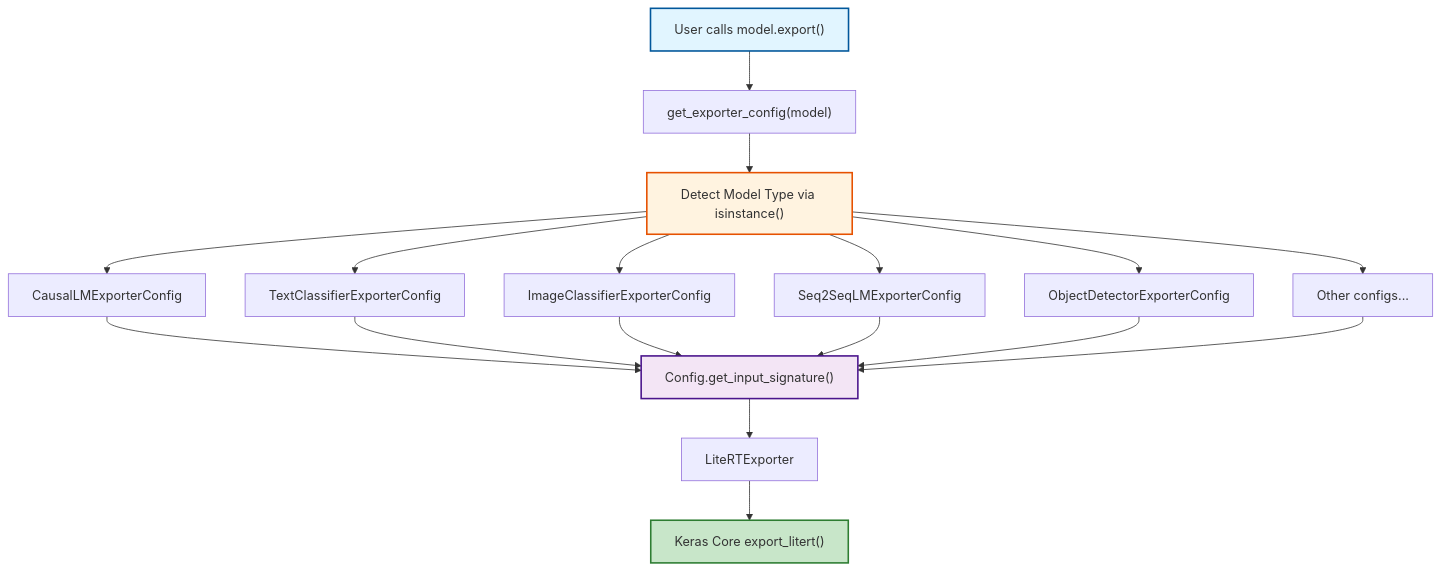
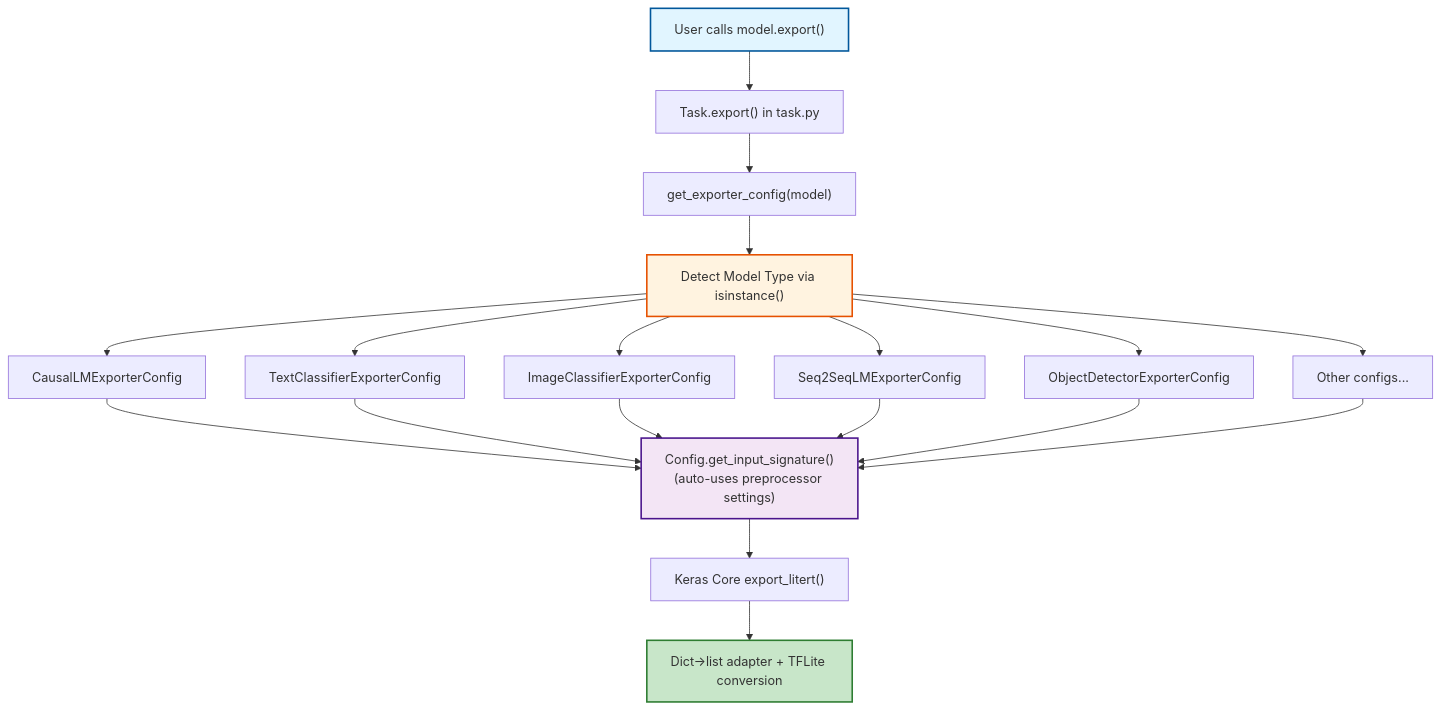
One commit to pctablet505/litert-export-docs changed the fourth of 5 diagrams in LiteRT Export design doc reviewed.md. Above: the diagram before and after it, drawn with Mermaid. The commit also changed other lines of this file, not shown here.

Commit message:
Revise LiteRT export design for direct delegation
Updated the design doc to clarify that Keras-Hub config classes now call Keras Core's export_litert() directly, removing wrapper classes and LiteRTExporter. Added details on automatic integration of preprocessor defaults, simplified file structure, and updated flowcharts to reflect the streamlined export pipeline and separation of concerns.

````diff
--- a/LiteRT Export design doc reviewed.md
+++ b/LiteRT Export design doc reviewed.md
@@ -362,41 +371,43 @@
 ```mermaid
 flowchart TB
     A["User calls model.export()"]
-    B["get_exporter_config(model)"]
-    C["Detect Model Type via isinstance()"]
+    B["Task.export() in task.py"]
+    C["get_exporter_config(model)"]
+    D["Detect Model Type via isinstance()"]
     
-    D1["CausalLMExporterConfig"]
-    D2["TextClassifierExporterConfig"]
-    D3["ImageClassifierExporterConfig"]
-    D4["Seq2SeqLMExporterConfig"]
-    D5["ObjectDetectorExporterConfig"]
-    D6["Other configs..."]
+    E1["CausalLMExporterConfig"]
+    E2["TextClassifierExporterConfig"]
+    E3["ImageClassifierExporterConfig"]
+    E4["Seq2SeqLMExporterConfig"]
+    E5["ObjectDetectorExporterConfig"]
+    E6["Other configs..."]
     
-    E["Config.get_input_signature()"]
-    F["LiteRTExporter"]
+    F["Config.get_input_signature()<br/>(auto-uses preprocessor settings)"]
     G["Keras Core export_litert()"]
+    H["Dict→list adapter + TFLite conversion"]
     
     A --> B
     B --> C
-    C --> D1
-    C --> D2
-    C --> D3
-    C --> D4
-    C --> D5
-    C --> D6
+    C --> D
+    D --> E1
+    D --> E2
+    D --> E3
+    D --> E4
+    D --> E5
+    D --> E6
     
-    D1 --> E
-    D2 --> E
-    D3 --> E
-    D4 --> E
-    D5 --> E
-    D6 --> E
+    E1 --> F
+    E2 --> F
+    E3 --> F
+    E4 --> F
+    E5 --> F
+    E6 --> F
     
-    E --> F
     F --> G
+    G --> H
     
     style A fill:#e1f5ff,stroke:#01579b,stroke-width:2px
-    style C fill:#fff3e0,stroke:#e65100,stroke-width:2px
-    style E fill:#f3e5f5,stroke:#4a148c,stroke-width:2px
-    style G fill:#c8e6c9,stroke:#2e7d32,stroke-width:2px
+    style D fill:#fff3e0,stroke:#e65100,stroke-width:2px
+    style F fill:#f3e5f5,stroke:#4a148c,stroke-width:2px
+    style H fill:#c8e6c9,stroke:#2e7d32,stroke-width:2px
 ```
````
